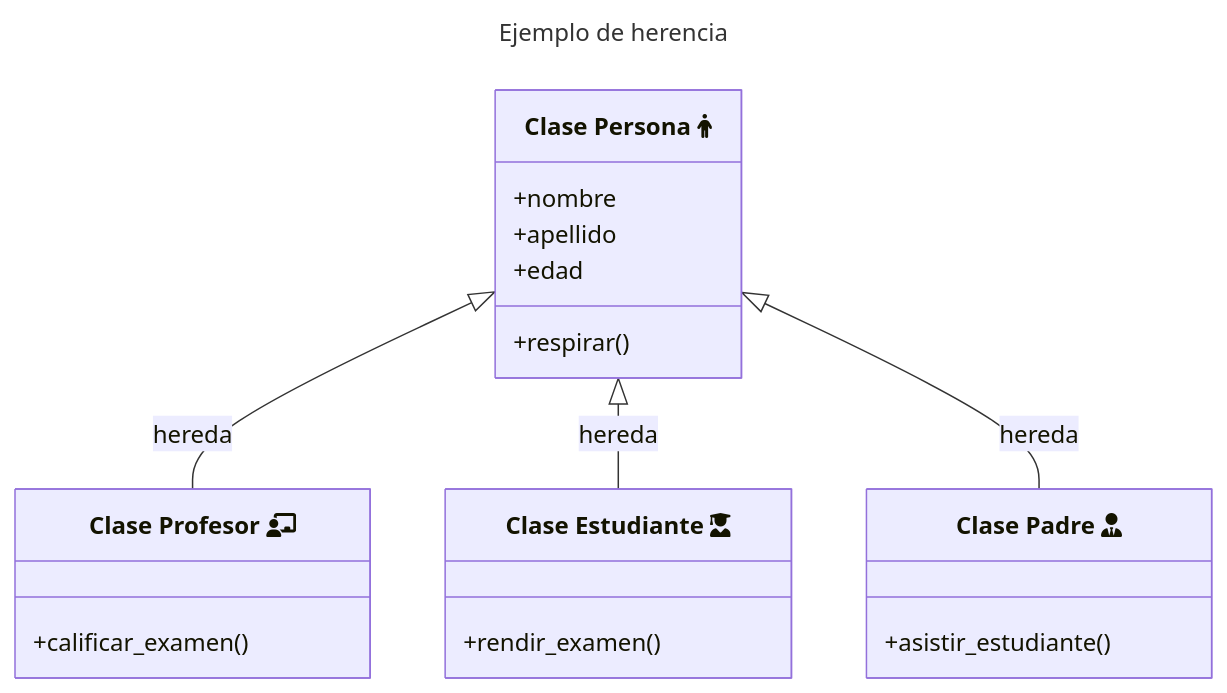
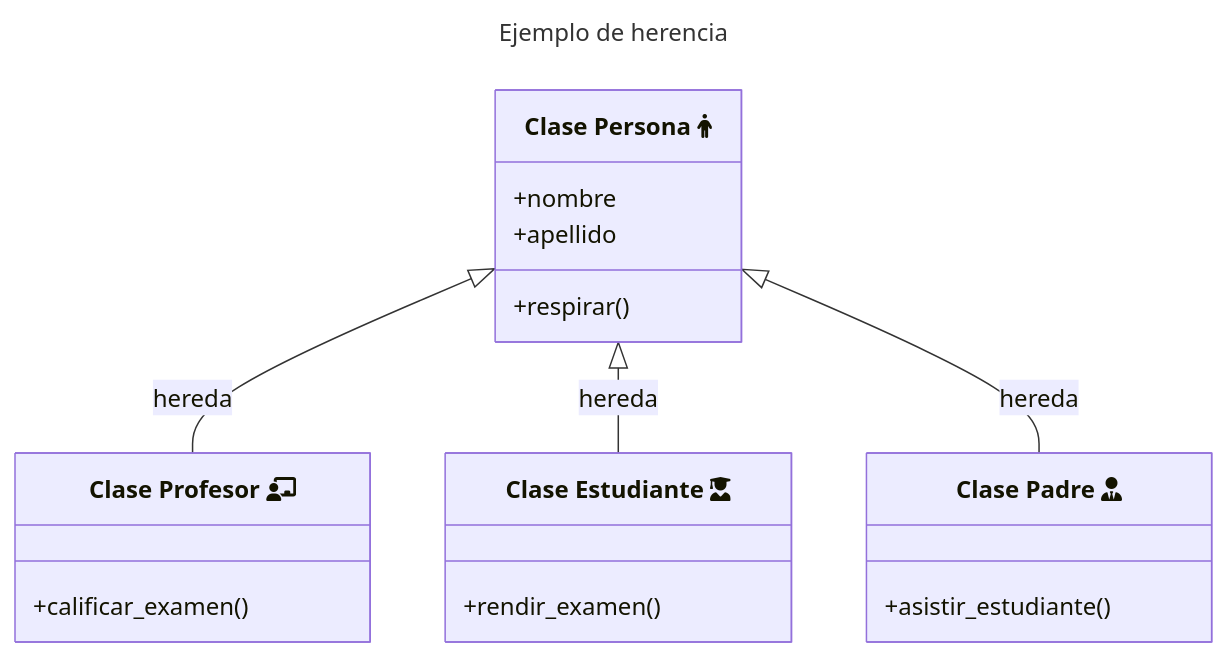
Before and after one commit to EniDev911/python-book: the diagram in _posts/poo/2024-01-02-herencia.md, drawn with Mermaid. The commit also changed other lines of this file, not shown here.

````diff
--- a/_posts/poo/2024-01-02-herencia.md
+++ b/_posts/poo/2024-01-02-herencia.md
@@ -13,24 +13,23 @@
 ```mermaid
 ---
 title: "Ejemplo de herencia"
 ---
 classDiagram
     class `Clase Persona fa:fa-person`{
       +nombre
       +apellido
-      +edad
       +respirar()
     }
     class `Clase Profesor fa:fa-chalkboard-user`{
       +calificar_examen()
     }
     class `Clase Estudiante fa:fa-user-graduate` {
       +rendir_examen()
     }
     class `Clase Padre fa:fa-user-tie`{
       +asistir_estudiante()
     }
     `Clase Persona fa:fa-person` <|-- `Clase Profesor fa:fa-chalkboard-user` : hereda
     `Clase Persona fa:fa-person` <|-- `Clase Estudiante fa:fa-user-graduate` : hereda
     `Clase Persona fa:fa-person` <|-- `Clase Padre fa:fa-user-tie` : hereda
 ```
````
